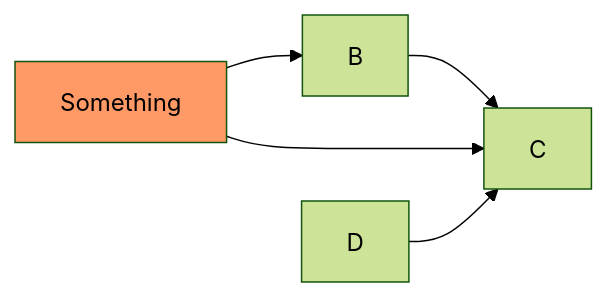
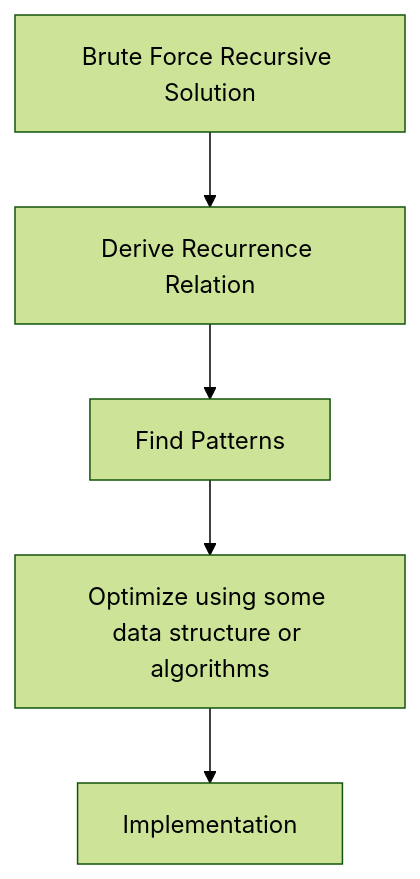
One commit to nachiketkanore/dp-optimization-slides changed the diagram in slides.md. Above: the diagram before and after it, drawn with Mermaid (forest theme). The commit also changed other lines of this file and 6 other files, not shown here.

````diff
--- a/slides.md
+++ b/slides.md
@@ -279,8 +432,8 @@
 ```mermaid {scale: 1.0}
-graph LR
-    A["Something"]:::someclass --> B
-    B --> C
-    A --> C
-    D --> C
+graph TD
+    A["Brute Force Recursive Solution"] --> B["Derive Recurrence Relation"]
+    B --> C["Find Patterns"]
+    C --> D["Optimize using some data structure or algorithms"]
+    D --> E["Implementation"]
     classDef someclass fill:#f96;
 ```
````
